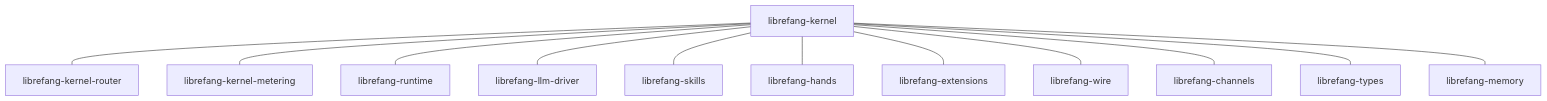
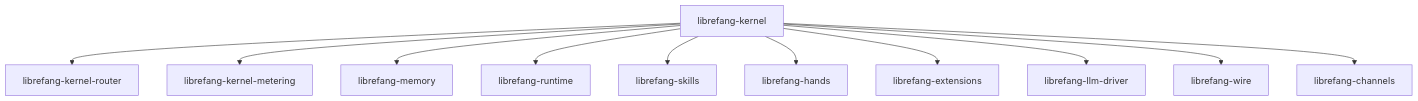
The diagram in other-librefang-kernel.md (leszek3737/librefang-WIki), drawn with Mermaid before and after one commit. The commit also changed other lines of this file and 98 other files, not shown here.

````diff
--- a/other-librefang-kernel.md
+++ b/other-librefang-kernel.md
@@ -13,14 +25,13 @@
 ```mermaid
 graph TD
-    K[librefang-kernel] --- R[librefang-kernel-router]
-    K --- M[librefang-kernel-metering]
-    K --- RT[librefang-runtime]
-    K --- LLM[librefang-llm-driver]
-    K --- SK[librefang-skills]
-    K --- H[librefang-hands]
-    K --- EX[librefang-extensions]
-    K --- W[librefang-wire]
-    K --- CH[librefang-channels]
-    K --- TY[librefang-types]
-    K --- MM[librefang-memory]
+    K[librefang-kernel] --> R[librefang-kernel-router]
+    K --> M[librefang-kernel-metering]
+    K --> MEM[librefang-memory]
+    K --> RT[librefang-runtime]
+    K --> SK[librefang-skills]
+    K --> H[librefang-hands]
+    K --> E[librefang-extensions]
+    K --> LLM[librefang-llm-driver]
+    K --> W[librefang-wire]
+    K --> C[librefang-channels]
 ```
````
